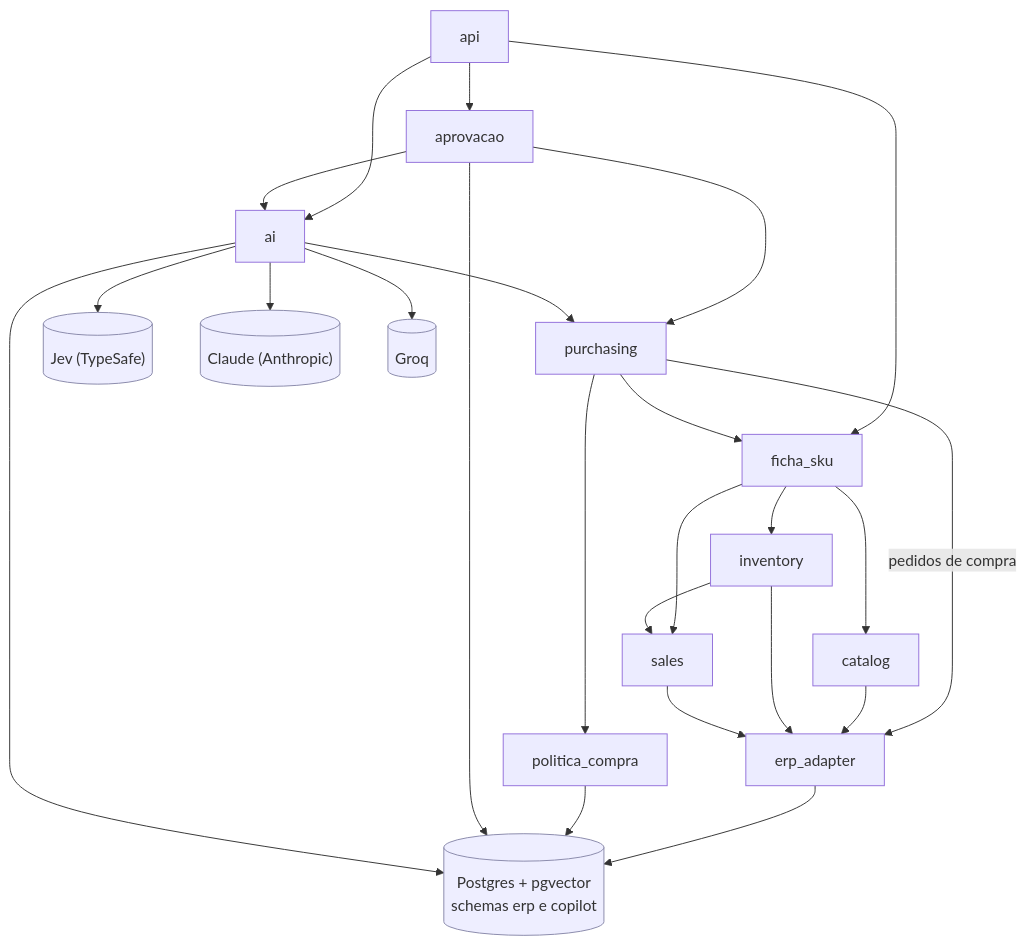
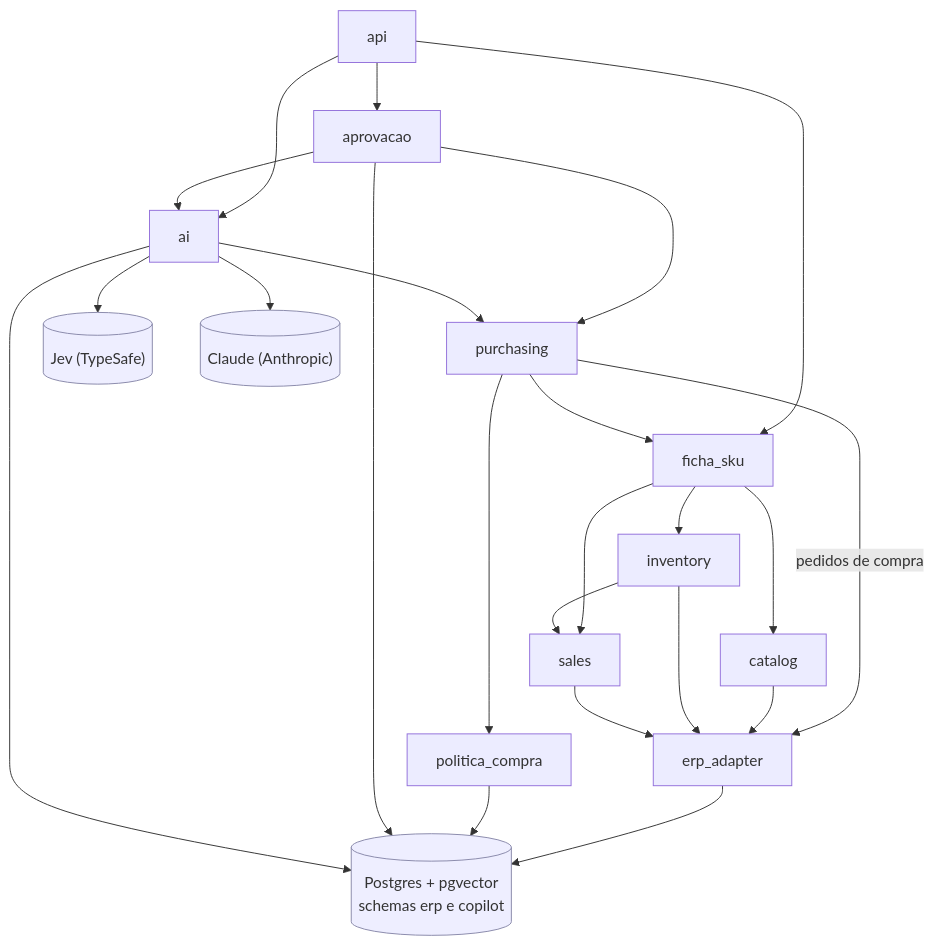
The third of 3 diagrams in README.md (RodFerraz1/sistema-para-estoque), drawn with Mermaid before and after one commit. The commit also changed other lines of this file and 21 other files, not shown here.

First line of the commit message:
Remove o redator Groq e usa o Claude Sonnet 5.5 como padrão (fechamento do M8)

````diff
--- a/README.md
+++ b/README.md
@@ -785,30 +779,29 @@
 ```mermaid
 flowchart TD
     api[api] --> aprovacao[aprovacao]
     api --> ai[ai]
     api --> ficha_sku[ficha_sku]
     aprovacao --> purchasing[purchasing]
     aprovacao --> ai
     ai --> purchasing
     purchasing --> ficha_sku
     purchasing --> politica_compra[politica_compra]
     purchasing -- pedidos de compra --> erp_adapter[erp_adapter]
     ficha_sku --> catalog[catalog]
     ficha_sku --> inventory[inventory]
     ficha_sku --> sales[sales]
     inventory --> sales
     catalog --> erp_adapter
     inventory --> erp_adapter
     sales --> erp_adapter
 
     ai --> Jev[("Jev (TypeSafe)")]
     ai --> Claude[("Claude (Anthropic)")]
-    ai --> Groq[("Groq")]
     erp_adapter --> Postgres[("Postgres + pgvector<br/>schemas erp e copilot")]
     politica_compra --> Postgres
     aprovacao --> Postgres
     ai --> Postgres
 
     classDef externo fill:#eef,stroke:#88a
-    class Jev,Claude,Groq,Postgres externo
+    class Jev,Claude,Postgres externo
 ```
````
